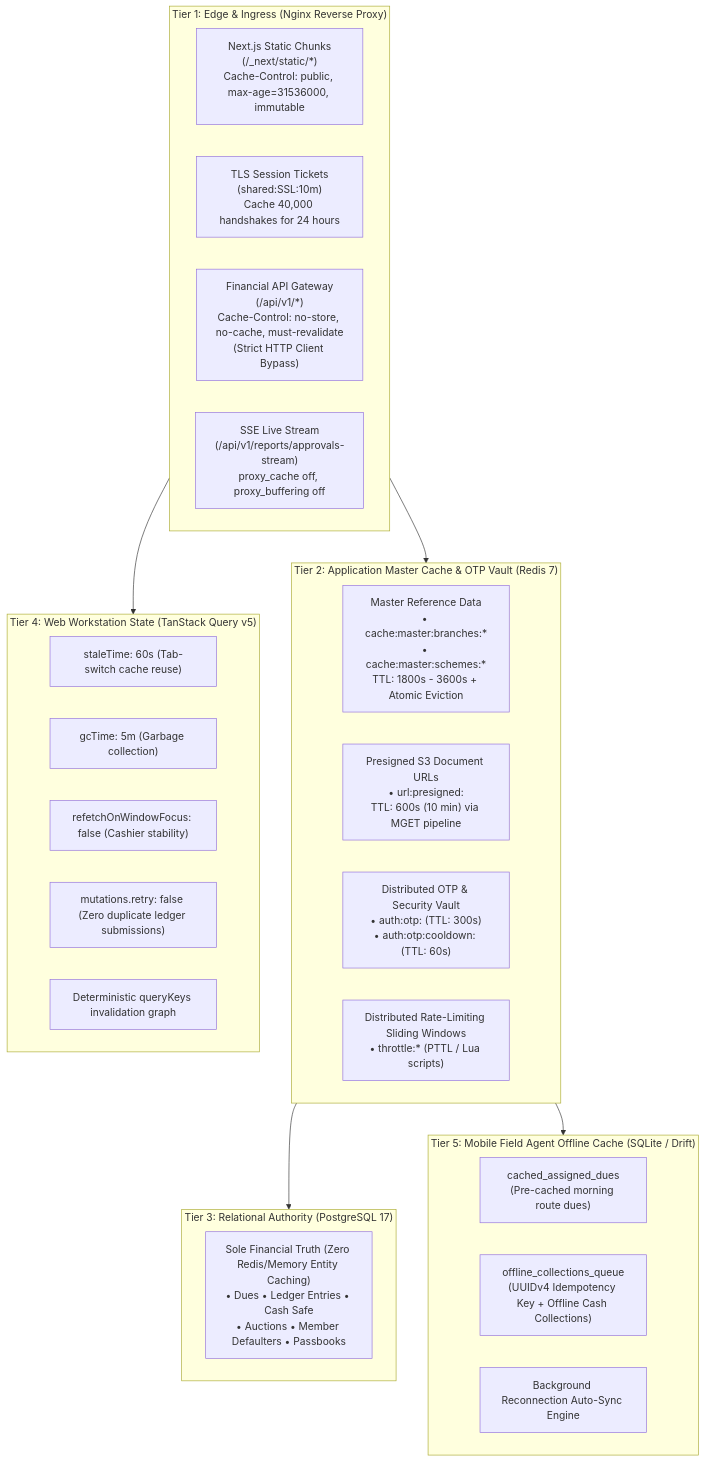
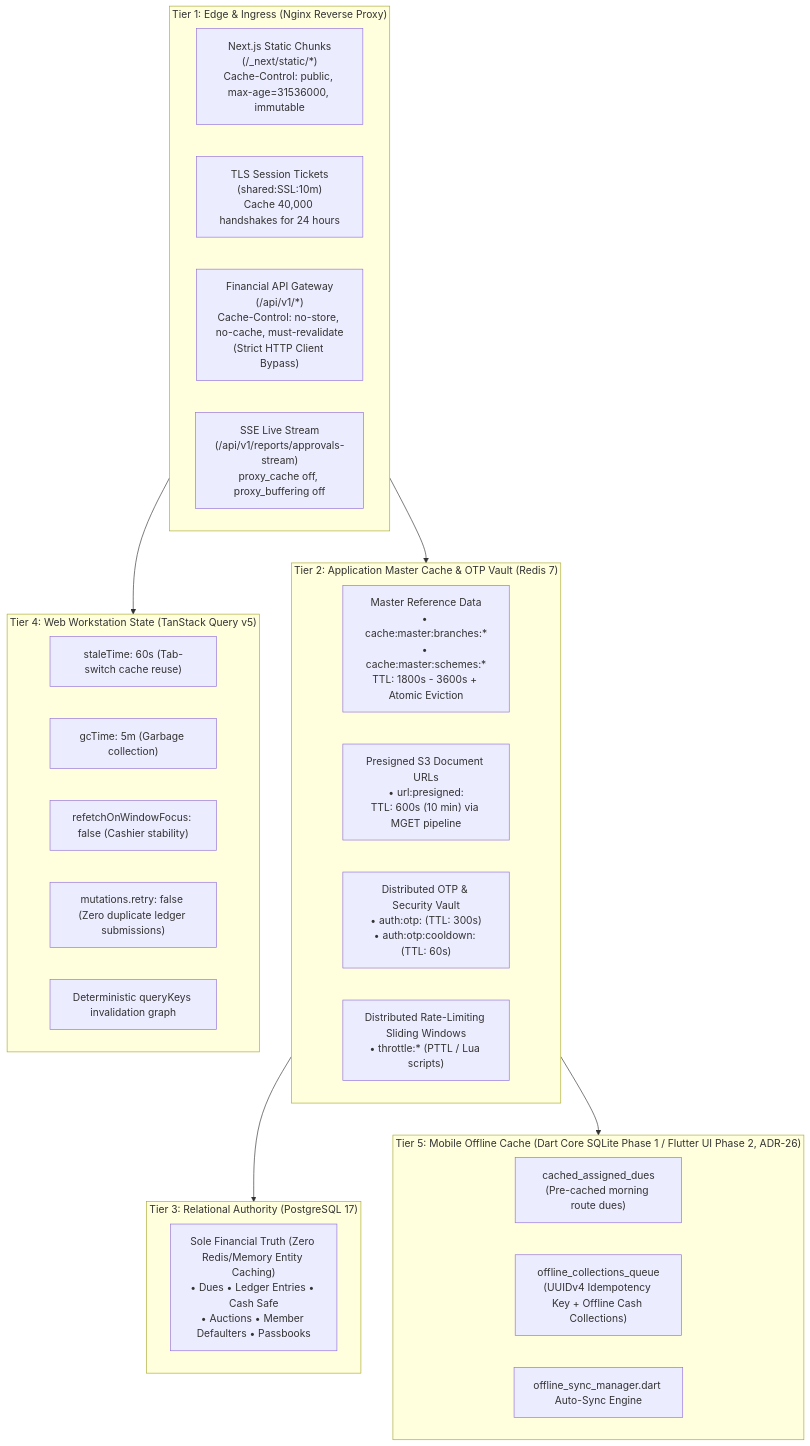
One commit to Kathir-24/Kumaran-finance changed the first of 3 diagrams in docs/03-architecture/caching-architecture.md. Above: the diagram before and after it, drawn with Mermaid. The commit also changed other lines of this file and 4 other files, not shown here.

````diff
--- a/docs/03-architecture/caching-architecture.md
+++ b/docs/03-architecture/caching-architecture.md
@@ -13,39 +13,39 @@
 ```mermaid
 flowchart TD
     subgraph TIER1 ["Tier 1: Edge & Ingress (Nginx Reverse Proxy)"]
         N1["Next.js Static Chunks\n(/_next/static/*)\nCache-Control: public, max-age=31536000, immutable"]
         N2["TLS Session Tickets\n(shared:SSL:10m)\nCache 40,000 handshakes for 24 hours"]
         N3["Financial API Gateway\n(/api/v1/*)\nCache-Control: no-store, no-cache, must-revalidate\n(Strict HTTP Client Bypass)"]
         N4["SSE Live Stream\n(/api/v1/reports/approvals-stream)\nproxy_cache off, proxy_buffering off"]
     end
 
     subgraph TIER2 ["Tier 2: Application Master Cache & OTP Vault (Redis 7)"]
         R1["Master Reference Data\n• cache:master:branches:*\n• cache:master:schemes:*\nTTL: 1800s - 3600s + Atomic Eviction"]
         R2["Presigned S3 Document URLs\n• url:presigned:<key>\nTTL: 600s (10 min) via MGET pipeline"]
         R3["Distributed OTP & Security Vault\n• auth:otp:<phone> (TTL: 300s)\n• auth:otp:cooldown:<phone> (TTL: 60s)"]
         R4["Distributed Rate-Limiting Sliding Windows\n• throttle:* (PTTL / Lua scripts)"]
     end
 
     subgraph TIER3 ["Tier 3: Relational Authority (PostgreSQL 17)"]
         PG["Sole Financial Truth (Zero Redis/Memory Entity Caching)\n• Dues • Ledger Entries • Cash Safe\n• Auctions • Member Defaulters • Passbooks"]
     end
 
     subgraph TIER4 ["Tier 4: Web Workstation State (TanStack Query v5)"]
         W1["staleTime: 60s (Tab-switch cache reuse)"]
         W2["gcTime: 5m (Garbage collection)"]
         W3["refetchOnWindowFocus: false (Cashier stability)"]
         W4["mutations.retry: false (Zero duplicate ledger submissions)"]
         W5["Deterministic queryKeys invalidation graph"]
     end
 
-    subgraph TIER5 ["Tier 5: Mobile Field Agent Offline Cache (SQLite / Drift)"]
+    subgraph TIER5 ["Tier 5: Mobile Offline Cache (Dart Core SQLite Phase 1 / Flutter UI Phase 2, ADR-26)"]
         M1["cached_assigned_dues\n(Pre-cached morning route dues)"]
         M2["offline_collections_queue\n(UUIDv4 Idempotency Key + Offline Cash Collections)"]
-        M3["Background Reconnection Auto-Sync Engine"]
+        M3["offline_sync_manager.dart Auto-Sync Engine"]
     end
 
     TIER1 --> TIER2
     TIER2 --> TIER3
     TIER1 --> TIER4
     TIER2 --> TIER5
 ```
````
